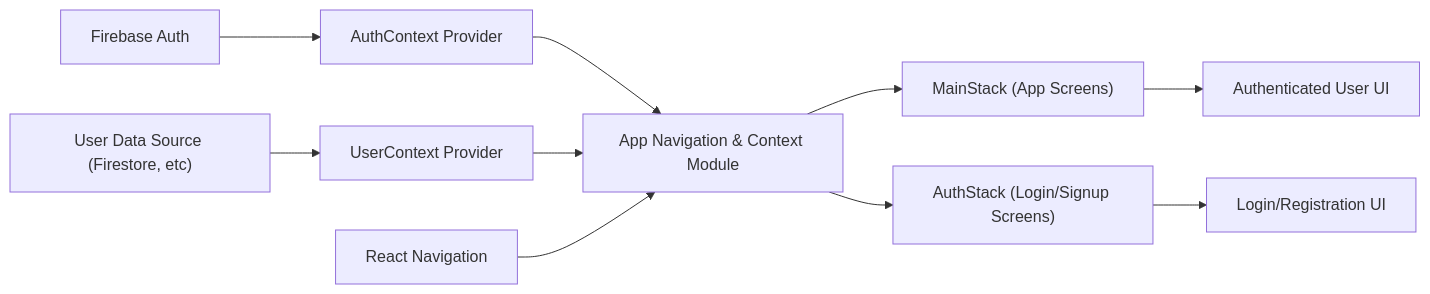
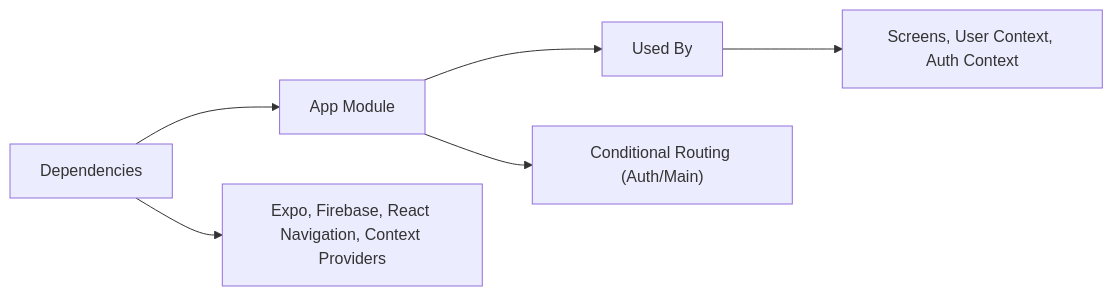
One commit to lucasboucher/Expo-Firebase-Boiler-Plate-2 changed the diagram in .shelfya/README.md. Above: the diagram before and after it, drawn with Mermaid. The commit also changed other lines of this file and 7 other files, not shown here.

````diff
--- a/.shelfya/README.md
+++ b/.shelfya/README.md
@@ -51,19 +47,12 @@
 ```mermaid
 flowchart LR
-  firebaseAuth["Firebase Auth"]
-  navigation["React Navigation"]
-  userDb["User Data Source (Firestore, etc)"]
+  dependencies["Dependencies"]
+  thisModule["App Module"]
+  usedBy["Used By"]
 
-  firebaseAuth --> authContext["AuthContext Provider"]
-  authContext --> thisModule["App Navigation & Context Module"]
-  userDb --> userContext["UserContext Provider"]
-  userContext --> thisModule
-
-  navigation --> thisModule
-
-  thisModule --> mainStack["MainStack (App Screens)"]
-  thisModule --> authStack["AuthStack (Login/Signup Screens)"]
-
-  mainStack --> appUI["Authenticated User UI"]
-  authStack --> loginUI["Login/Registration UI"]
+  dependencies --> thisModule
+  dependencies --> details["Expo, Firebase, React Navigation, Context Providers"]
+  thisModule --> process["Conditional Routing (Auth/Main)"]
+  thisModule --> usedBy
+  usedBy --> consumers["Screens, User Context, Auth Context"]
 ```
````
